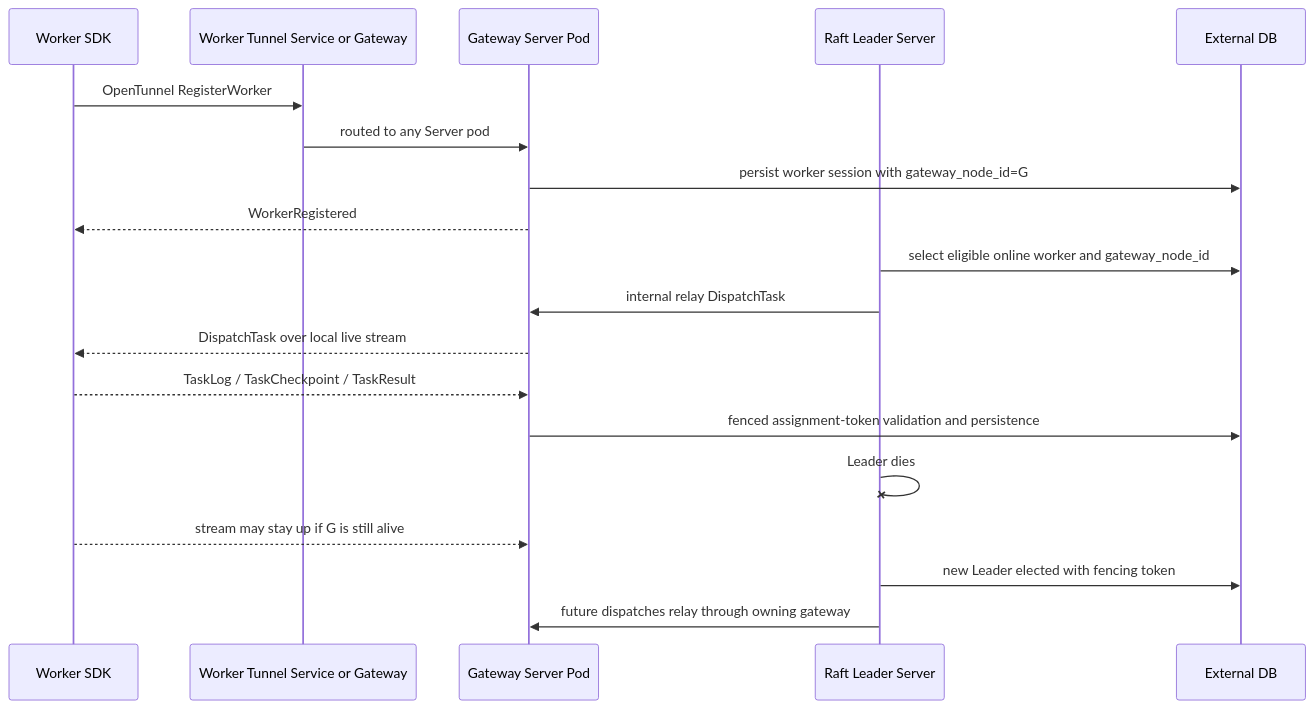
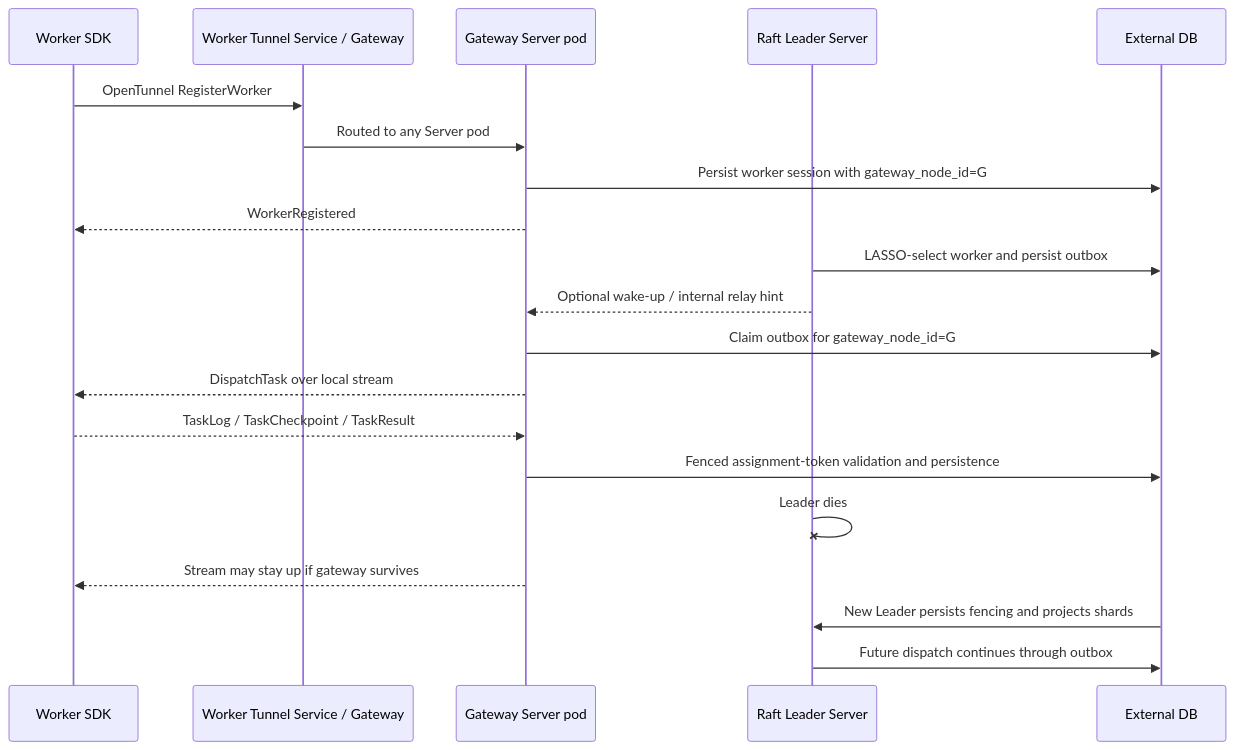
The fourth of 4 diagrams in docs/docs/deployment/server-ha.md (yhyzgn/tikeo), drawn with Mermaid before and after one commit. The commit also changed other lines of this file and 13 other files, not shown here.

````diff
--- a/docs/docs/deployment/server-ha.md
+++ b/docs/docs/deployment/server-ha.md
@@ -232,22 +252,23 @@
 ```mermaid
 sequenceDiagram
   participant W as Worker SDK
-  participant LB as Worker Tunnel Service or Gateway
-  participant G as Gateway Server Pod
+  participant LB as Worker Tunnel Service / Gateway
+  participant G as Gateway Server pod
   participant L as Raft Leader Server
   participant DB as External DB
 
   W->>LB: OpenTunnel RegisterWorker
-  LB->>G: routed to any Server pod
-  G->>DB: persist worker session with gateway_node_id=G
+  LB->>G: Routed to any Server pod
+  G->>DB: Persist worker session with gateway_node_id=G
   G-->>W: WorkerRegistered
-  L->>DB: select eligible online worker and gateway_node_id
-  L->>G: internal relay DispatchTask
-  G-->>W: DispatchTask over local live stream
+  L->>DB: LASSO-select worker and persist outbox
+  L-->>G: Optional wake-up / internal relay hint
+  G->>DB: Claim outbox for gateway_node_id=G
+  G-->>W: DispatchTask over local stream
   W-->>G: TaskLog / TaskCheckpoint / TaskResult
-  G->>DB: fenced assignment-token validation and persistence
+  G->>DB: Fenced assignment-token validation and persistence
   L-xL: Leader dies
-  W-->>G: stream may stay up if G is still alive
-  L->>DB: new Leader elected with fencing token
-  L->>G: future dispatches relay through owning gateway
+  G-->>W: Stream may stay up if gateway survives
+  DB->>L: New Leader persists fencing and projects shards
+  L->>DB: Future dispatch continues through outbox
 ```
````
